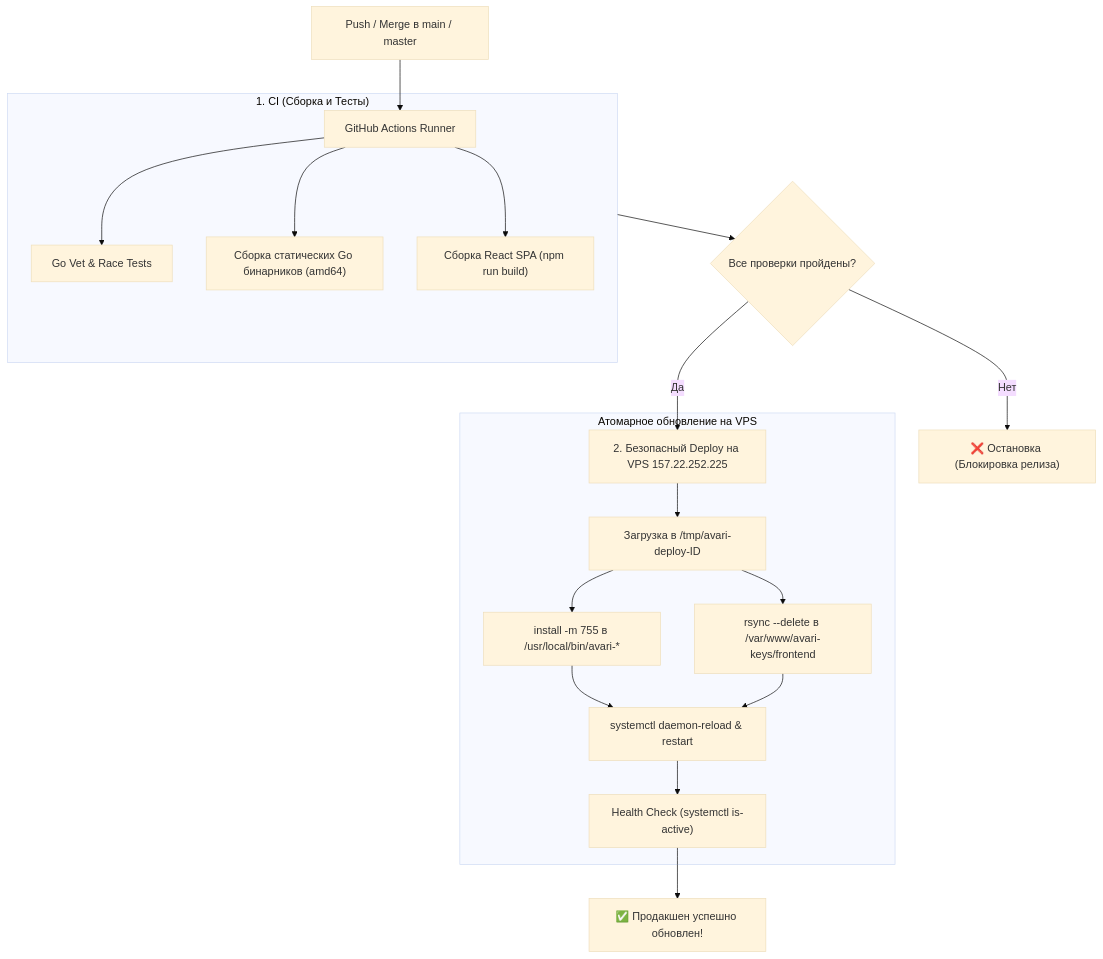
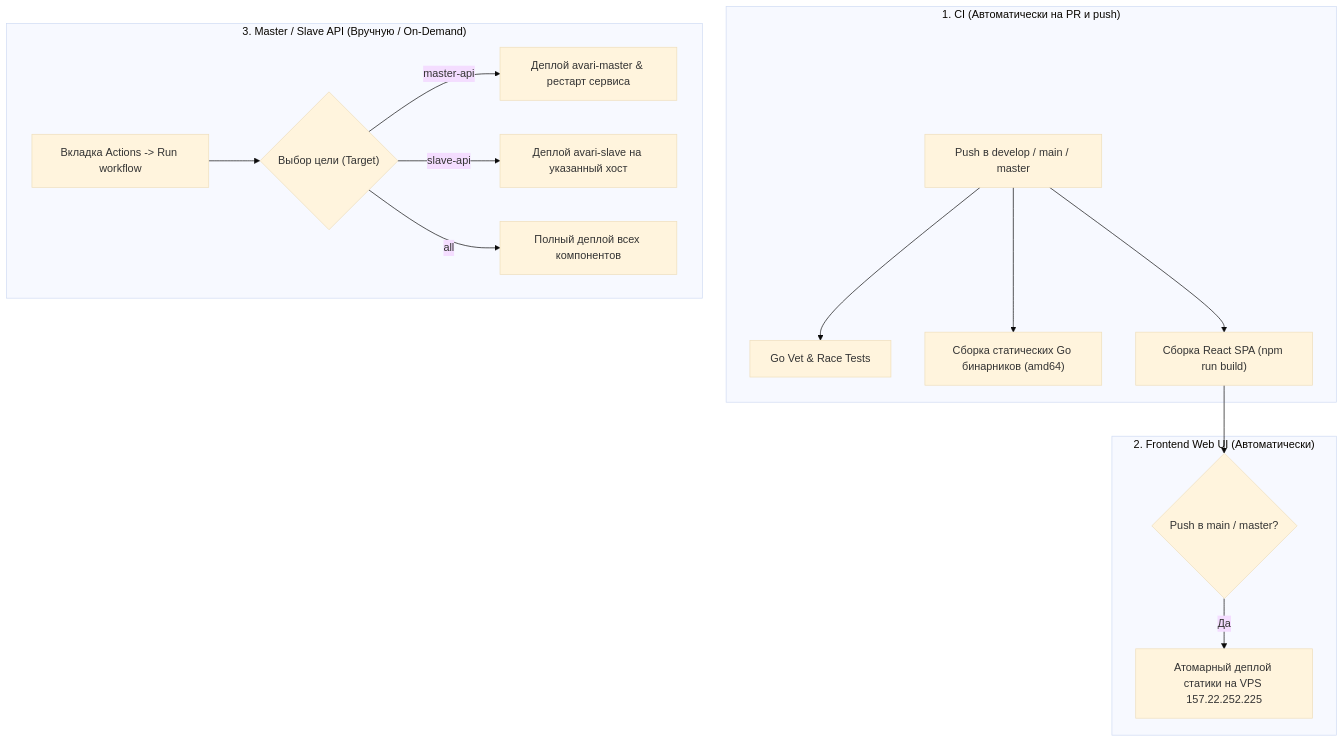
The diagram in _docs/CICD.md (OstKost/avari-keys-mvp), drawn with Mermaid (base theme) before and after one commit. The commit also changed other lines of this file and 1 other file, not shown here.

Commit message:
feat(ci-cd): separate automatic frontend deploy and manual selective trigger for Master/Slave API

````diff
--- a/_docs/CICD.md
+++ b/_docs/CICD.md
@@ -9,21 +11,20 @@
 ```mermaid
 flowchart TD
-    A["Push / Merge в main / master"] --> B["GitHub Actions Runner"]
-    subgraph CI["1. CI (Сборка и Тесты)"]
-        B --> C["Go Vet & Race Tests"]
-        B --> D["Сборка статических Go бинарников (amd64)"]
-        B --> E["Сборка React SPA (npm run build)"]
+    subgraph CI["1. CI (Автоматически на PR и push)"]
+        A["Push в develop / main / master"] --> B["Go Vet & Race Tests"]
+        A --> C["Сборка статических Go бинарников (amd64)"]
+        A --> D["Сборка React SPA (npm run build)"]
     end
-    CI --> F{"Все проверки пройдены?"}
-    F -- Нет --> G["❌ Остановка (Блокировка релиза)"]
-    F -- Да --> H["2. Безопасный Deploy на VPS 157.22.252.225"]
-    subgraph CD["Атомарное обновление на VPS"]
-        H --> I["Загрузка в /tmp/avari-deploy-ID"]
-        I --> J["install -m 755 в /usr/local/bin/avari-*"]
-        I --> K["rsync --delete в /var/www/avari-keys/frontend"]
-        J --> L["systemctl daemon-reload & restart"]
-        K --> L
-        L --> M["Health Check (systemctl is-active)"]
+
+    subgraph CD_Front["2. Frontend Web UI (Автоматически)"]
+        D --> E{"Push в main / master?"}
+        E -- Да --> F["Атомарный деплой статики на VPS 157.22.252.225"]
     end
-    M --> N["✅ Продакшен успешно обновлен!"]
+
+    subgraph CD_Back["3. Master / Slave API (Вручную / On-Demand)"]
+        G["Вкладка Actions -> Run workflow"] --> H{"Выбор цели (Target)"}
+        H -- master-api --> I["Деплой avari-master & рестарт сервиса"]
+        H -- slave-api --> J["Деплой avari-slave на указанный хост"]
+        H -- all --> K["Полный деплой всех компонентов"]
+    end
 ```
````
